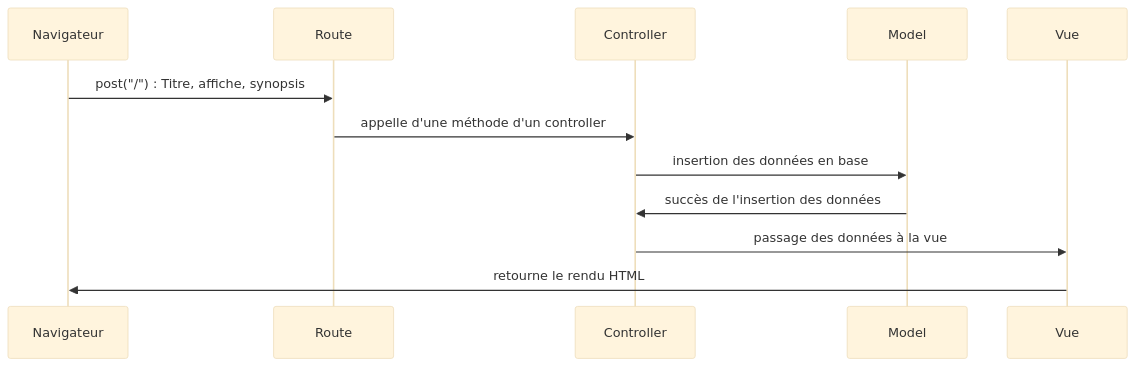
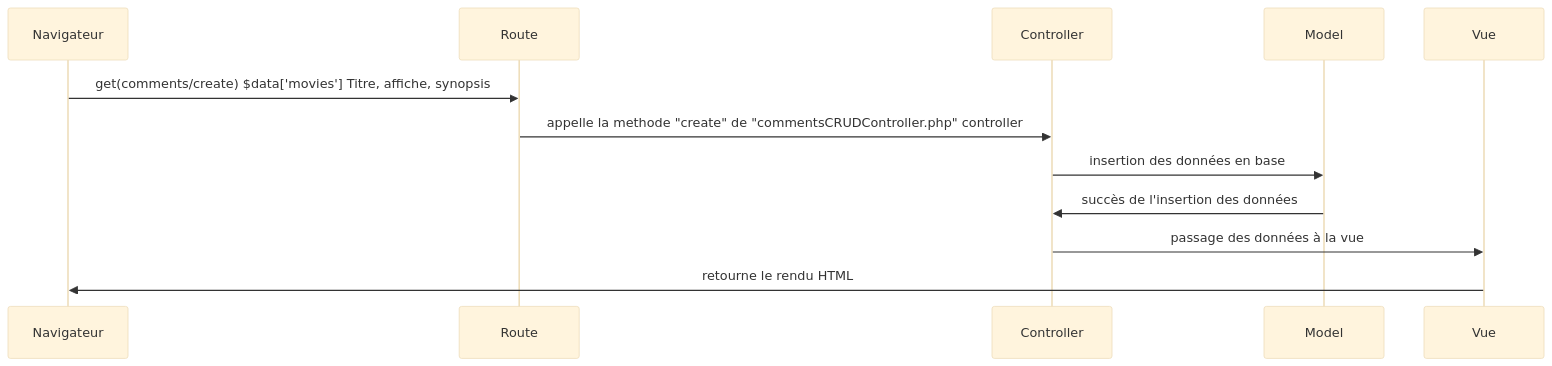
Before and after one commit to Colossus1985/Sprint-07: the second of 5 diagrams in README.md, drawn with Mermaid (base theme). The commit also changed other lines of this file and 1 other file, not shown here.

Commit message:
mis a jour uml

````diff
--- a/README.md
+++ b/README.md
@@ -42,16 +23,16 @@
 ```mermaid
 sequenceDiagram
 participant Navigateur
 participant Route
 participant Controller
 participant Model
 participant Vue
 
-Navigateur->>Route: post("/") : Titre, affiche, synopsis
-Route->>Controller: appelle d'une méthode d'un controller
+Navigateur->>Route: get(comments/create) $data['movies']  Titre, affiche, synopsis
+Route->>Controller: appelle la methode "create" de "commentsCRUDController.php" controller
 Controller->>Model: insertion des données en base
 Model->>Controller: succès de l'insertion des données
 Controller->>Vue: passage des données à la vue
 Vue->>Navigateur: retourne le rendu HTML
 
 ```
````
